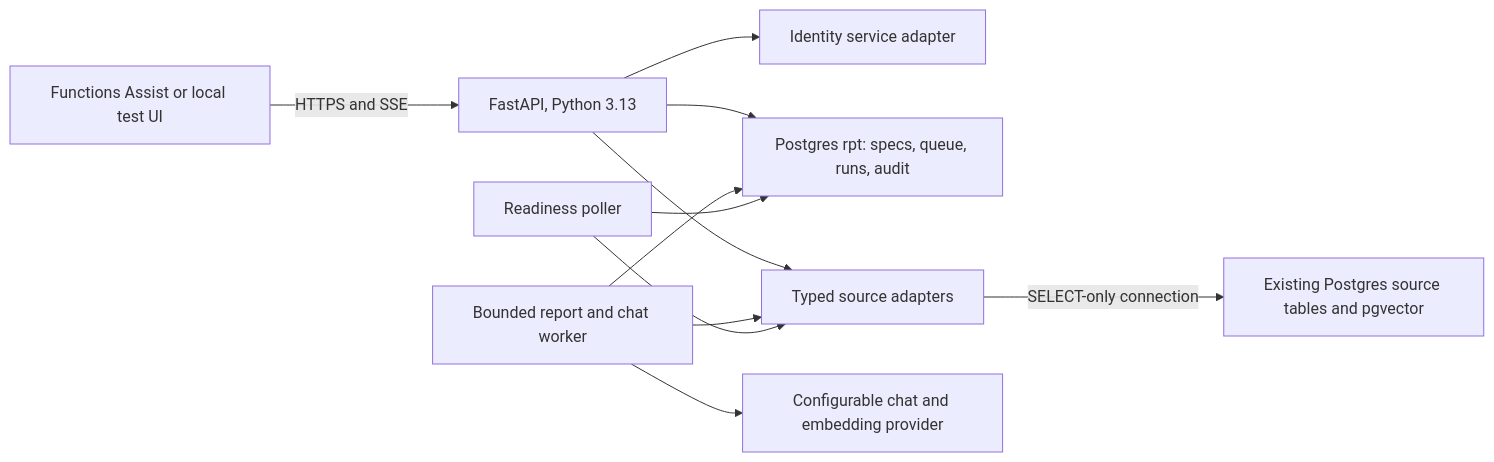
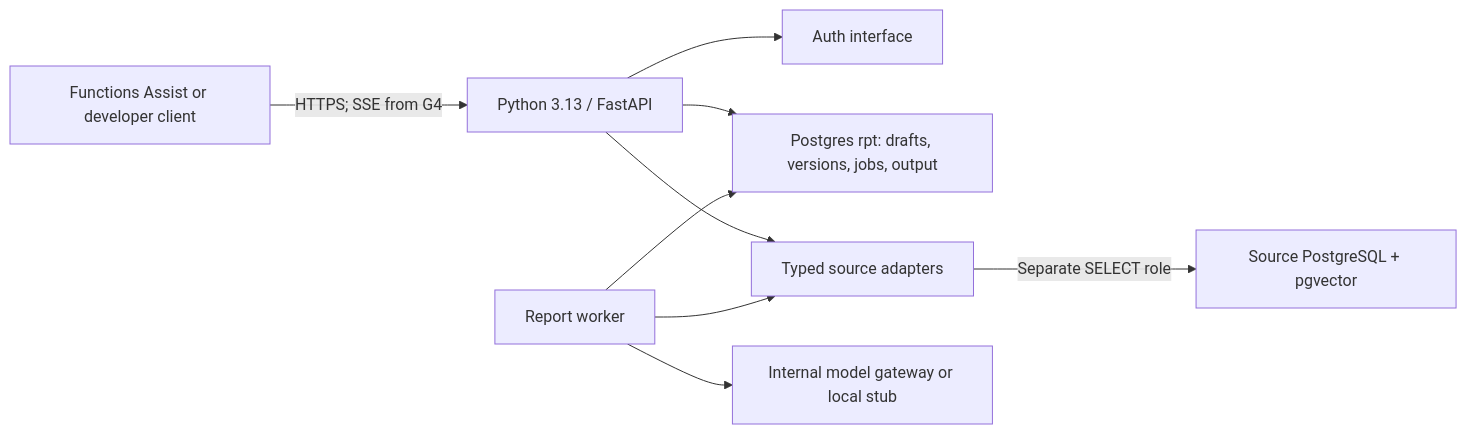
The first of 2 diagrams in docs/collab/plans/PLAN.md (alexwday/aegis-report-agent), drawn with Mermaid before and after one commit. The commit also changed other lines of this file and 35 other files, not shown here.

````diff
--- a/docs/collab/plans/PLAN.md
+++ b/docs/collab/plans/PLAN.md
@@ -11,13 +7,11 @@
 ```mermaid
 flowchart LR
-  UI["Functions Assist or local test UI"] -->|"HTTPS and SSE"| API["FastAPI, Python 3.13"]
-  API --> Auth["Identity service adapter"]
-  API --> Store["Postgres rpt: specs, queue, runs, audit"]
+  Client["Functions Assist or developer client"] -->|"HTTPS; SSE from G4"| API["Python 3.13 / FastAPI"]
+  API --> Auth["Auth interface"]
+  API --> RPT["Postgres rpt: drafts, versions, jobs, output"]
   API --> Read["Typed source adapters"]
-  Worker["Bounded report and chat worker"] --> Store
+  Worker["Report worker"] --> RPT
   Worker --> Read
-  Worker --> LLM["Configurable chat and embedding provider"]
-  Scheduler["Readiness poller"] --> Read
-  Scheduler --> Store
-  Read -->|"SELECT-only connection"| Sources["Existing Postgres source tables and pgvector"]
+  Worker --> Gateway["Internal model gateway or local stub"]
+  Read -->|"Separate SELECT role"| DB["Source PostgreSQL + pgvector"]
 ```
````
